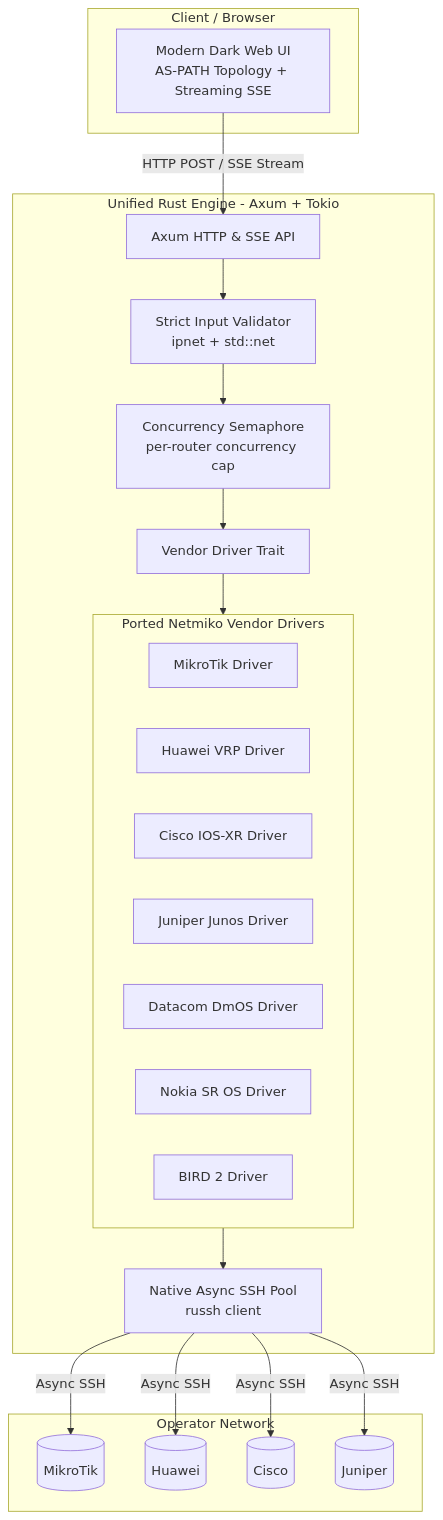
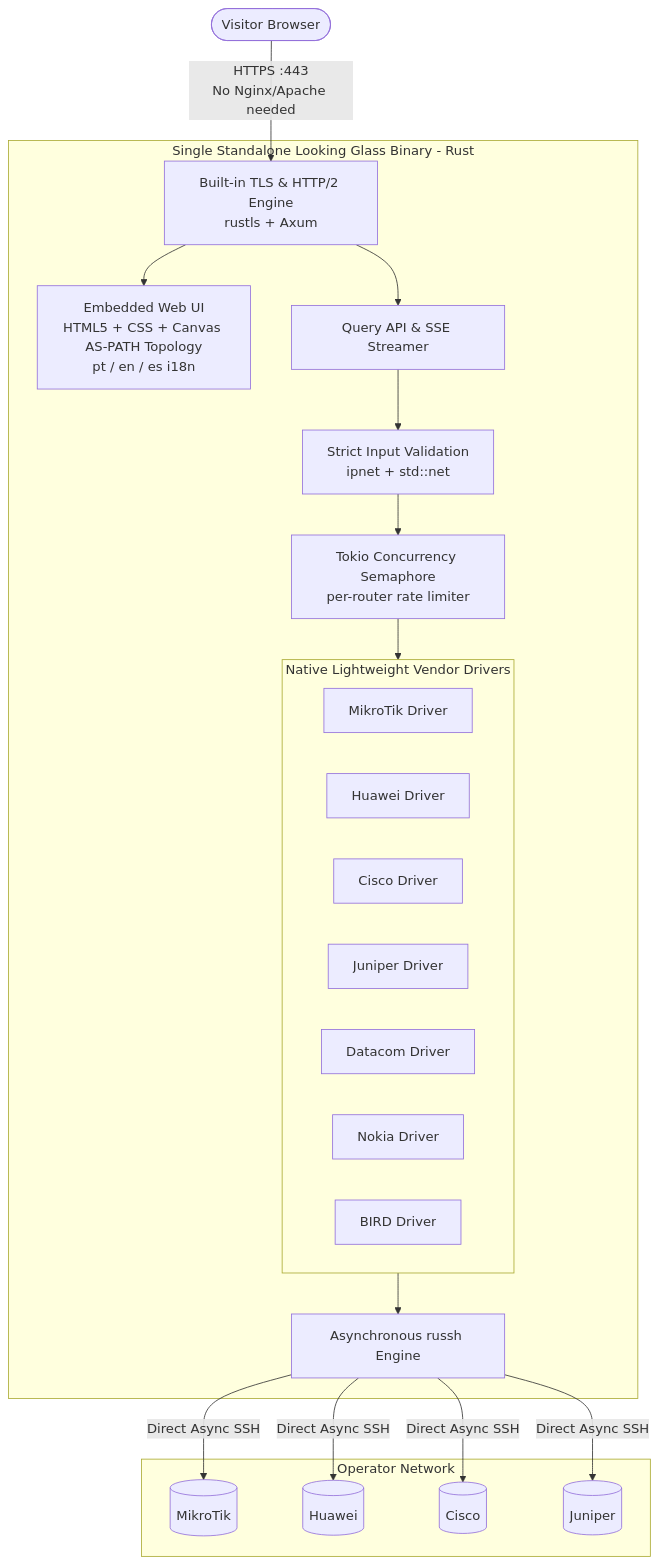
Before and after one commit to andrediashexa/NOGGlass: the diagram in docs/adr/0007-unified-rust-architecture-and-drivers.md, drawn with Mermaid. The commit also changed other lines of this file, not shown here.

Commit message:
docs(adr): propose standalone rust architecture with embedded UI and no web server

````diff
--- a/docs/adr/0007-unified-rust-architecture-and-drivers.md
+++ b/docs/adr/0007-unified-rust-architecture-and-drivers.md
@@ -62,43 +77,43 @@
 ```mermaid
 flowchart TB
-    subgraph client [Client / Browser]
-        ui[Modern Dark Web UI<br/>AS-PATH Topology + Streaming SSE]
-    end
-
-    subgraph rust_core [Unified Rust Engine - Axum + Tokio]
-        api[Axum HTTP & SSE API]
-        validator[Strict Input Validator<br/>ipnet + std::net]
-        sem[Concurrency Semaphore<br/>per-router concurrency cap]
-        trait_engine[Vendor Driver Trait]
-
-        subgraph vendor_drivers [Ported Netmiko Vendor Drivers]
+    visitor([Visitor Browser])
+    
+    subgraph appliance [Single Standalone Looking Glass Binary - Rust]
+        tls[Built-in TLS & HTTP/2 Engine<br/>rustls + Axum]
+        ui[Embedded Web UI<br/>HTML5 + CSS + Canvas AS-PATH Topology<br/>pt / en / es i18n]
+        api[Query API & SSE Streamer]
+        validator[Strict Input Validation<br/>ipnet + std::net]
+        limiter[Tokio Concurrency Semaphore<br/>per-router rate limiter]
+        
+        subgraph drivers [Native Lightweight Vendor Drivers]
             d_mtk[MikroTik Driver]
-            d_huawei[Huawei VRP Driver]
-            d_cisco[Cisco IOS-XR Driver]
-            d_juniper[Juniper Junos Driver]
-            d_datacom[Datacom DmOS Driver]
-            d_nokia[Nokia SR OS Driver]
-            d_bird[BIRD 2 Driver]
+            d_hw[Huawei Driver]
+            d_cs[Cisco Driver]
+            d_jn[Juniper Driver]
+            d_dc[Datacom Driver]
+            d_nk[Nokia Driver]
+            d_bd[BIRD Driver]
         end
-
-        ssh_pool[Native Async SSH Pool<br/>russh client]
+        
+        ssh_pool[Asynchronous russh Engine]
     end
 
     subgraph routers [Operator Network]
-        r_mtk[(MikroTik)]
-        r_hw[(Huawei)]
-        r_cs[(Cisco)]
-        r_jn[(Juniper)]
+        r1[(MikroTik)]
+        r2[(Huawei)]
+        r3[(Cisco)]
+        r4[(Juniper)]
     end
 
-    ui -->|HTTP POST / SSE Stream| api
+    visitor -->|HTTPS :443<br/>No Nginx/Apache needed| tls
+    tls --> ui
+    tls --> api
     api --> validator
-    validator --> sem
-    sem --> trait_engine
-    trait_engine --> vendor_drivers
-    vendor_drivers --> ssh_pool
-    ssh_pool -->|Async SSH| r_mtk
-    ssh_pool -->|Async SSH| r_hw
-    ssh_pool -->|Async SSH| r_cs
-    ssh_pool -->|Async SSH| r_jn
+    validator --> limiter
+    limiter --> drivers
+    drivers --> ssh_pool
+    ssh_pool -->|Direct Async SSH| r1
+    ssh_pool -->|Direct Async SSH| r2
+    ssh_pool -->|Direct Async SSH| r3
+    ssh_pool -->|Direct Async SSH| r4
 ```
````
